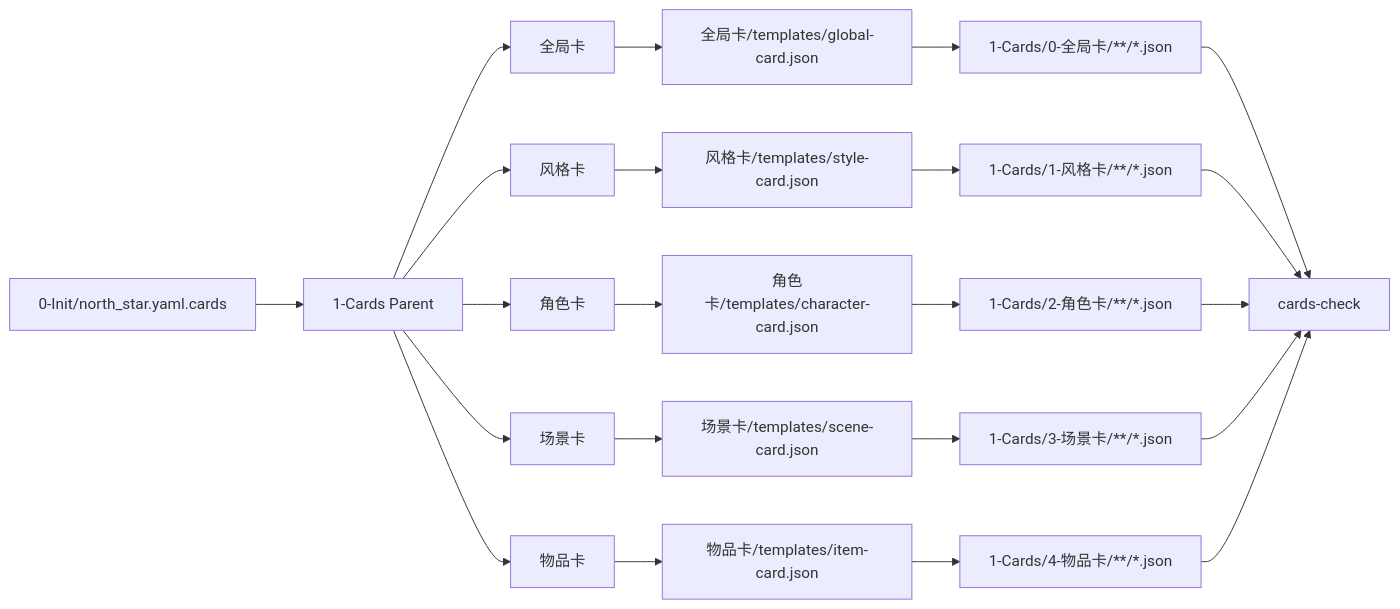
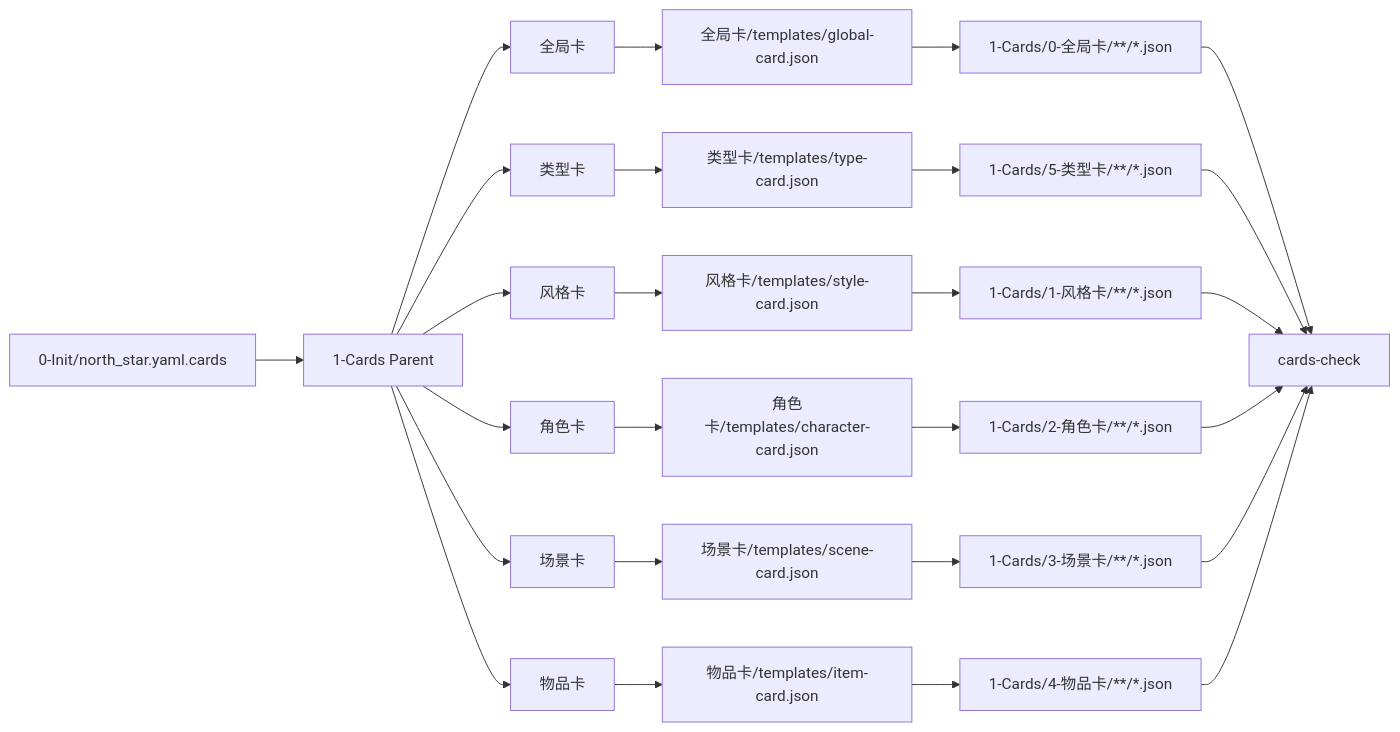
One commit to ZEN-VOID/AI-CUT changed the second of 3 diagrams in .agents/skills/story/1-Cards/SKILL.md. Above: the diagram before and after it, drawn with Mermaid. The commit also changed other lines of this file and 281 other files, not shown here.

````diff
--- a/.agents/skills/story/1-Cards/SKILL.md
+++ b/.agents/skills/story/1-Cards/SKILL.md
@@ -171,24 +180,28 @@
 ```mermaid
 flowchart LR
     A["0-Init/north_star.yaml.cards"] --> B["1-Cards Parent"]
     B --> C["全局卡"]
-    B --> D["风格卡"]
-    B --> E["角色卡"]
-    B --> F["场景卡"]
-    B --> G["物品卡"]
-    C --> H["全局卡/templates/global-card.json"]
-    D --> I["风格卡/templates/style-card.json"]
-    E --> J["角色卡/templates/character-card.json"]
-    F --> K["场景卡/templates/scene-card.json"]
-    G --> L["物品卡/templates/item-card.json"]
-    H --> M["1-Cards/0-全局卡/**/*.json"]
-    I --> N["1-Cards/1-风格卡/**/*.json"]
-    J --> O["1-Cards/2-角色卡/**/*.json"]
-    K --> P["1-Cards/3-场景卡/**/*.json"]
-    L --> Q["1-Cards/4-物品卡/**/*.json"]
-    M --> R["cards-check"]
-    N --> R
-    O --> R
-    P --> R
-    Q --> R
+    B --> D["类型卡"]
+    B --> E["风格卡"]
+    B --> F["角色卡"]
+    B --> G["场景卡"]
+    B --> H["物品卡"]
+    C --> I["全局卡/templates/global-card.json"]
+    D --> J["类型卡/templates/type-card.json"]
+    E --> K["风格卡/templates/style-card.json"]
+    F --> L["角色卡/templates/character-card.json"]
+    G --> M["场景卡/templates/scene-card.json"]
+    H --> N["物品卡/templates/item-card.json"]
+    I --> O["1-Cards/0-全局卡/**/*.json"]
+    J --> P["1-Cards/5-类型卡/**/*.json"]
+    K --> Q["1-Cards/1-风格卡/**/*.json"]
+    L --> R["1-Cards/2-角色卡/**/*.json"]
+    M --> S["1-Cards/3-场景卡/**/*.json"]
+    N --> T["1-Cards/4-物品卡/**/*.json"]
+    O --> U["cards-check"]
+    P --> U
+    Q --> U
+    R --> U
+    S --> U
+    T --> U
 ```
````
